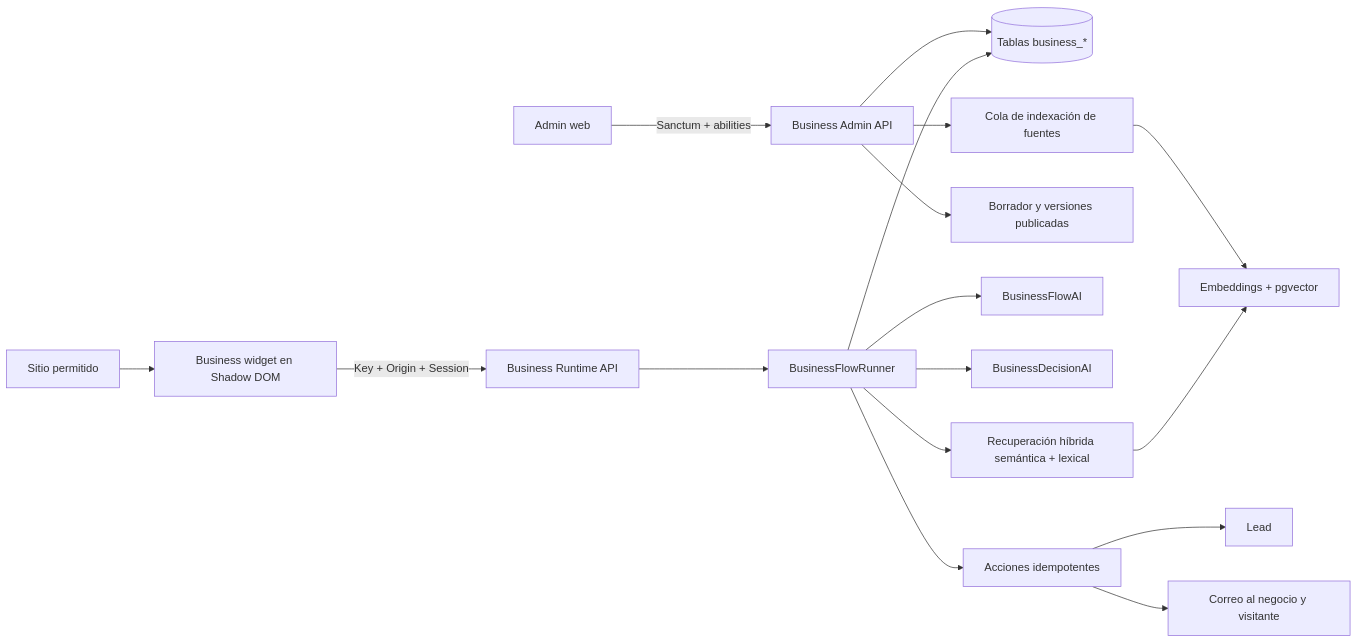
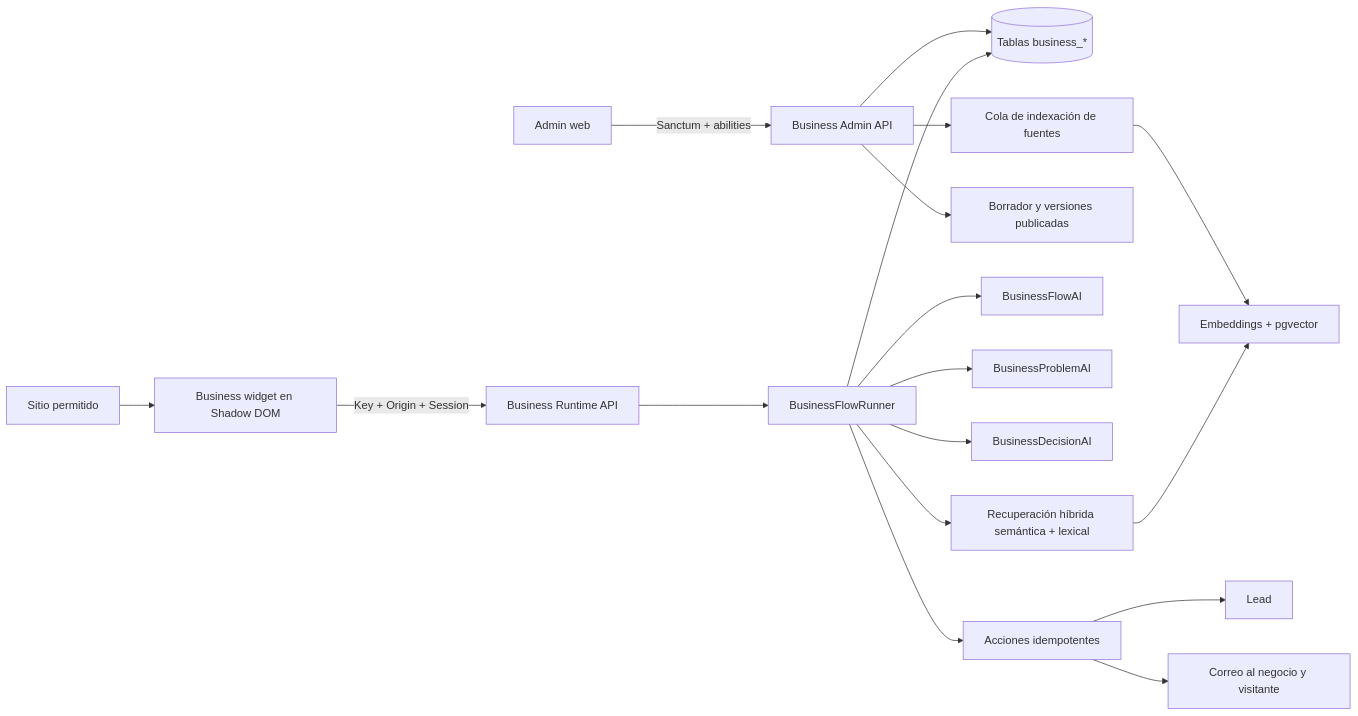
Before and after one commit to voitity-com/voitity-api: the first of 2 diagrams in docs/business.md, drawn with Mermaid. The commit also changed other lines of this file and 10 other files, not shown here.

````diff
--- a/docs/business.md
+++ b/docs/business.md
@@ -16,20 +16,21 @@
 ```mermaid
 flowchart LR
     Admin["Admin web"] -->|Sanctum + abilities| AdminAPI["Business Admin API"]
     AdminAPI --> DB[("Tablas business_*")]
     AdminAPI --> Sources["Cola de indexación de fuentes"]
     Sources --> Embeddings["Embeddings + pgvector"]
     AdminAPI --> Versions["Borrador y versiones publicadas"]
 
     Host["Sitio permitido"] --> Widget["Business widget en Shadow DOM"]
     Widget -->|Key + Origin + Session| Runtime["Business Runtime API"]
     Runtime --> Runner["BusinessFlowRunner"]
     Runner --> AI["BusinessFlowAI"]
+    Runner --> ProblemAI["BusinessProblemAI"]
     Runner --> DecisionAI["BusinessDecisionAI"]
     Runner --> Retrieval["Recuperación híbrida semántica + lexical"]
     Retrieval --> Embeddings
     Runner --> Actions["Acciones idempotentes"]
     Runner --> DB
     Actions --> Leads["Lead"]
     Actions --> Mail["Correo al negocio y visitante"]
 ```
````
